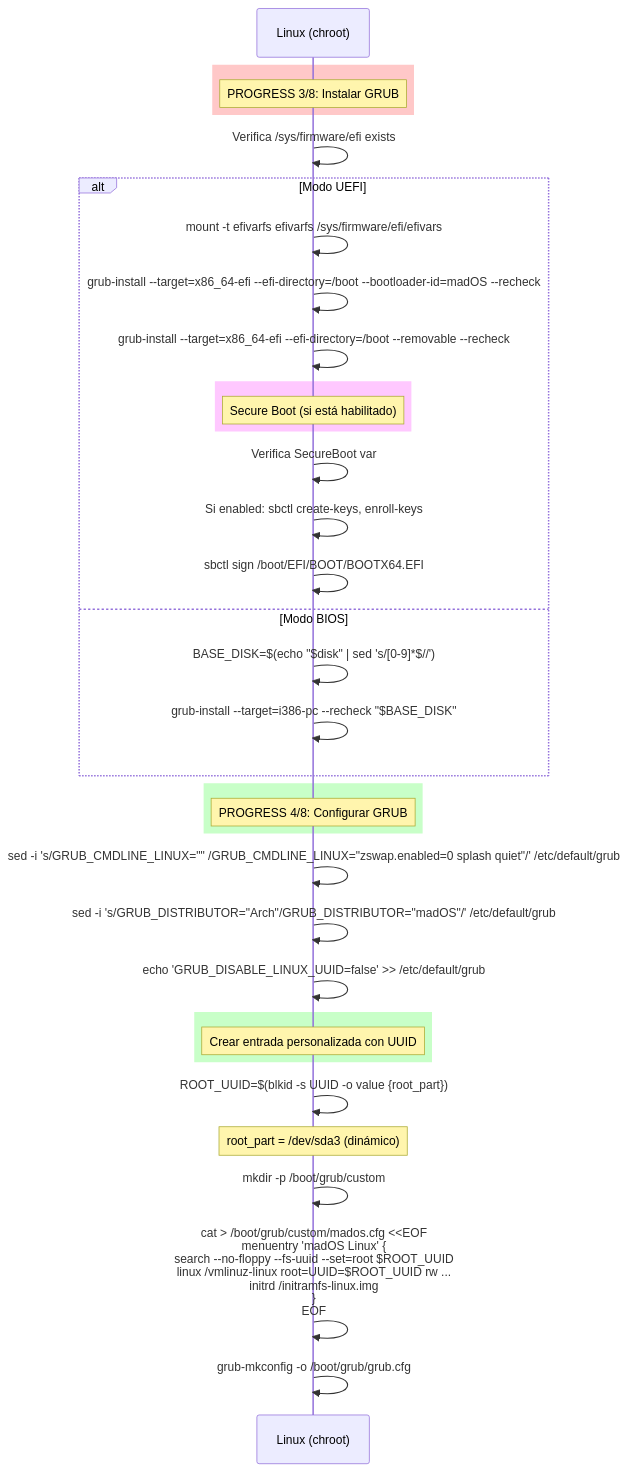
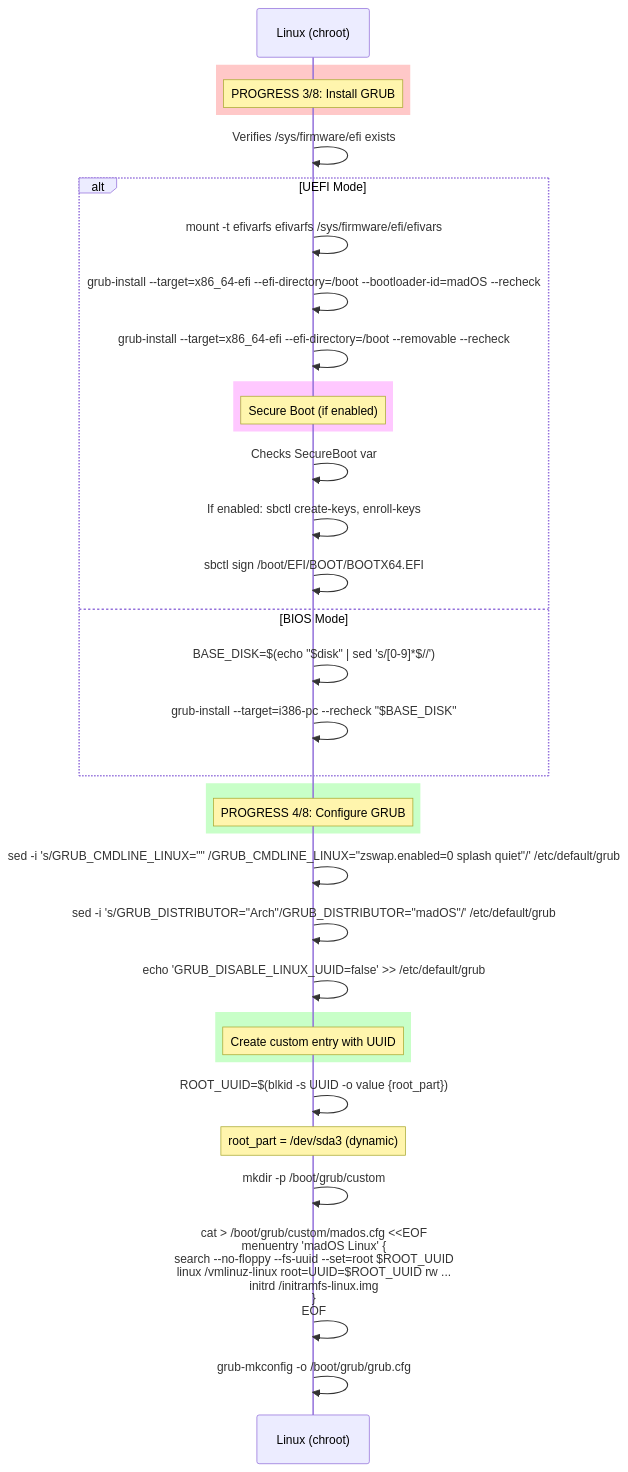
Before and after one commit to madoslinux/mados-installer: the tenth of 12 diagrams in INSTALLATION_FLOW.md, drawn with Mermaid. The commit also changed other lines of this file and 1 other file, not shown here.

First line of the commit message:
fix: add disk variable to config script for BIOS mode

````diff
--- a/INSTALLATION_FLOW.md
+++ b/INSTALLATION_FLOW.md
@@ -254,45 +254,45 @@
 ```mermaid
 sequenceDiagram
     participant System as Linux (chroot)
 
     rect rgb(255, 200, 200)
-        Note over System: PROGRESS 3/8: Instalar GRUB
+        Note over System: PROGRESS 3/8: Install GRUB
     end
     
-    System->>System: Verifica /sys/firmware/efi exists
+    System->>System: Verifies /sys/firmware/efi exists
 
-    alt Modo UEFI
+    alt UEFI Mode
         System->>System: mount -t efivarfs efivarfs /sys/firmware/efi/efivars
         System->>System: grub-install --target=x86_64-efi --efi-directory=/boot --bootloader-id=madOS --recheck
         System->>System: grub-install --target=x86_64-efi --efi-directory=/boot --removable --recheck
         
         rect rgb(255, 200, 255)
-            Note over System: Secure Boot (si está habilitado)
+            Note over System: Secure Boot (if enabled)
         end
-        System->>System: Verifica SecureBoot var
-        System->>System: Si enabled: sbctl create-keys, enroll-keys
+        System->>System: Checks SecureBoot var
+        System->>System: If enabled: sbctl create-keys, enroll-keys
         System->>System: sbctl sign /boot/EFI/BOOT/BOOTX64.EFI
         
-    else Modo BIOS
+    else BIOS Mode
         System->>System: BASE_DISK=$(echo "$disk" | sed 's/[0-9]*$//')
         System->>System: grub-install --target=i386-pc --recheck "$BASE_DISK"
     end
 
     rect rgb(200, 255, 200)
-        Note over System: PROGRESS 4/8: Configurar GRUB
+        Note over System: PROGRESS 4/8: Configure GRUB
     end
     System->>System: sed -i 's/GRUB_CMDLINE_LINUX="" /GRUB_CMDLINE_LINUX="zswap.enabled=0 splash quiet"/' /etc/default/grub
     System->>System: sed -i 's/GRUB_DISTRIBUTOR="Arch"/GRUB_DISTRIBUTOR="madOS"/' /etc/default/grub
     System->>System: echo 'GRUB_DISABLE_LINUX_UUID=false' >> /etc/default/grub
     
     rect rgb(200, 255, 200)
-        Note over System: Crear entrada personalizada con UUID
+        Note over System: Create custom entry with UUID
     end
     System->>System: ROOT_UUID=$(blkid -s UUID -o value {root_part})
-    Note over System: root_part = /dev/sda3 (dinámico)
+    Note over System: root_part = /dev/sda3 (dynamic)
     
     System->>System: mkdir -p /boot/grub/custom
     System->>System: cat > /boot/grub/custom/mados.cfg <<EOF<br/>menuentry 'madOS Linux' {<br/>search --no-floppy --fs-uuid --set=root $ROOT_UUID<br/>linux /vmlinuz-linux root=UUID=$ROOT_UUID rw ...<br/>initrd /initramfs-linux.img<br/>}<br/>EOF
     
     System->>System: grub-mkconfig -o /boot/grub/grub.cfg
 ```
````
